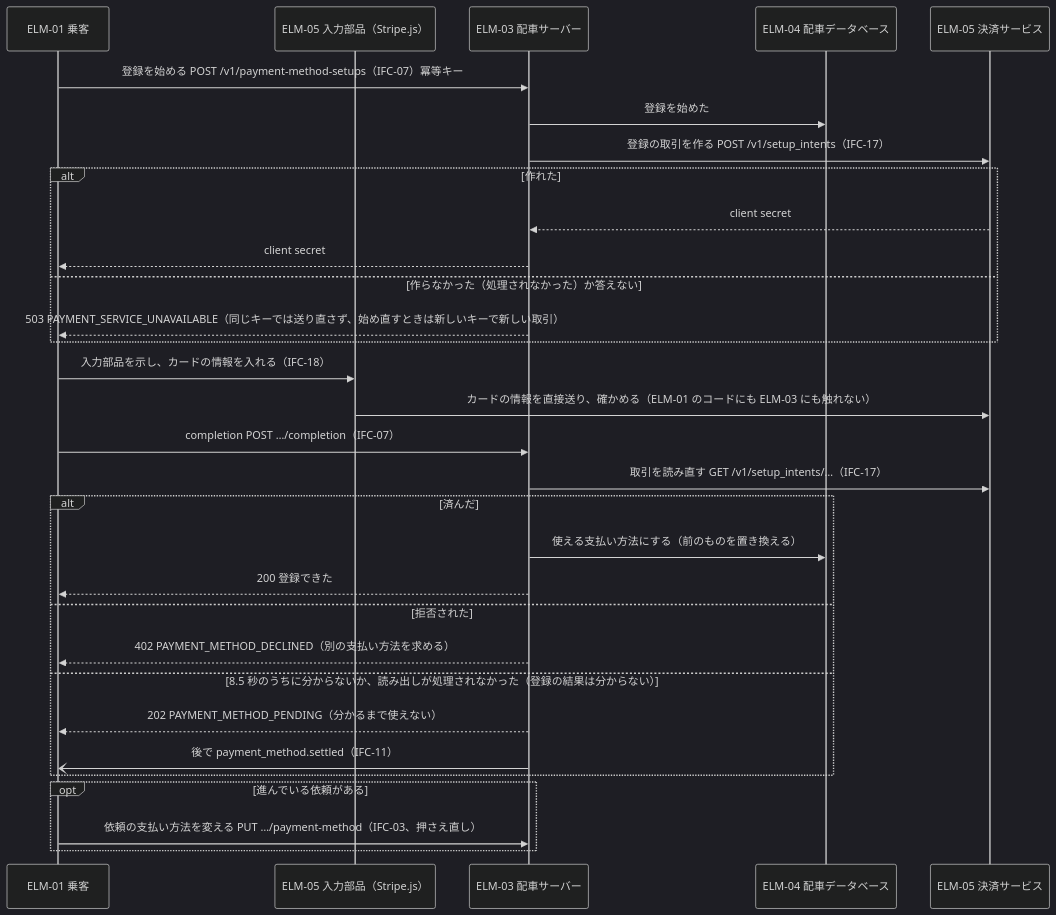
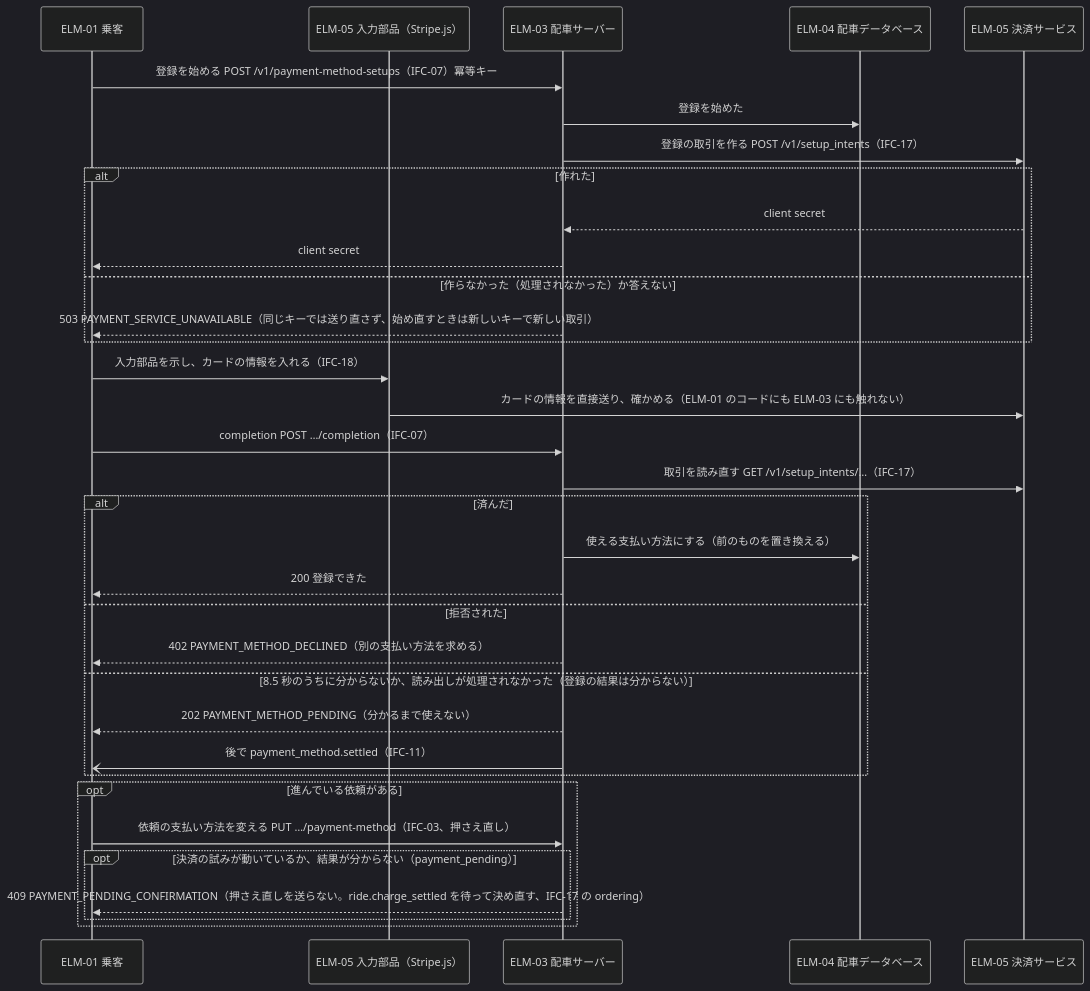
The third of 57 diagrams in docs/design/3-high-level-design.md (Taro000/ride-hailing-app-demo), drawn with Mermaid (dark theme) before and after one commit. The commit also changed other lines of this file and 23 other files, not shown here.

````diff
--- a/docs/design/3-high-level-design.md
+++ b/docs/design/3-high-level-design.md
@@ -244,33 +244,36 @@
 ```mermaid
 sequenceDiagram
   participant P as ELM-01 乗客
   participant SE as ELM-05 入力部品（Stripe.js）
   participant S as ELM-03 配車サーバー
   participant DB as ELM-04 配車データベース
   participant PAY as ELM-05 決済サービス
   P->>S: 登録を始める POST /v1/payment-method-setups（IFC-07）冪等キー
   S->>DB: 登録を始めた
   S->>PAY: 登録の取引を作る POST /v1/setup_intents（IFC-17）
   alt 作れた
     PAY-->>S: client secret
     S-->>P: client secret
   else 作らなかった（処理されなかった）か答えない
     S-->>P: 503 PAYMENT_SERVICE_UNAVAILABLE（同じキーでは送り直さず、始め直すときは新しいキーで新しい取引）
   end
   P->>SE: 入力部品を示し、カードの情報を入れる（IFC-18）
   SE->>PAY: カードの情報を直接送り、確かめる（ELM-01 のコードにも ELM-03 にも触れない）
   P->>S: completion POST …/completion（IFC-07）
   S->>PAY: 取引を読み直す GET /v1/setup_intents/…（IFC-17）
   alt 済んだ
     S->>DB: 使える支払い方法にする（前のものを置き換える）
     S-->>P: 200 登録できた
   else 拒否された
     S-->>P: 402 PAYMENT_METHOD_DECLINED（別の支払い方法を求める）
   else 8.5 秒のうちに分からないか、読み出しが処理されなかった（登録の結果は分からない）
     S-->>P: 202 PAYMENT_METHOD_PENDING（分かるまで使えない）
     S-)P: 後で payment_method.settled（IFC-11）
   end
   opt 進んでいる依頼がある
     P->>S: 依頼の支払い方法を変える PUT …/payment-method（IFC-03、押さえ直し）
+    opt 決済の試みが動いているか、結果が分からない（payment_pending）
+      S-->>P: 409 PAYMENT_PENDING_CONFIRMATION（押さえ直しを送らない。ride.charge_settled を待って決め直す、IFC-17 の ordering）
+    end
   end
 ```
````
